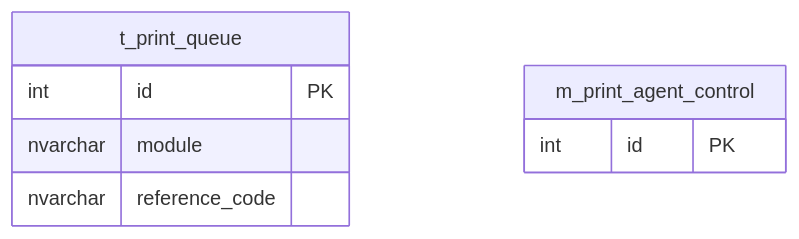
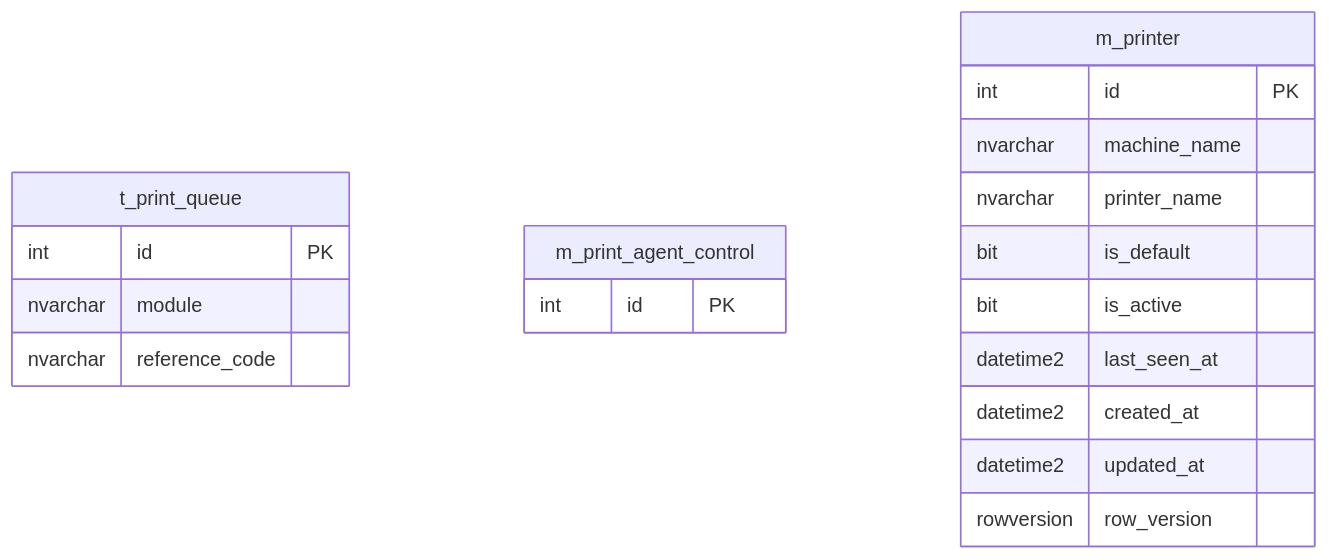
The fifth of 5 diagrams in .kiro/docs/db/ER図.md (n-nonaka-oim/Nonaka-kiro), drawn with Mermaid before and after one commit. The commit also changed other lines of this file and 3 other files, not shown here.

````diff
--- a/.kiro/docs/db/ER図.md
+++ b/.kiro/docs/db/ER図.md
@@ -91,11 +91,22 @@
 ```mermaid
 erDiagram
     t_print_queue {
         int id PK
         nvarchar module
         nvarchar reference_code
     }
     m_print_agent_control {
         int id PK
     }
+    m_printer {
+        int id PK
+        nvarchar machine_name
+        nvarchar printer_name
+        bit is_default
+        bit is_active
+        datetime2 last_seen_at
+        datetime2 created_at
+        datetime2 updated_at
+        rowversion row_version
+    }
 ```
````
